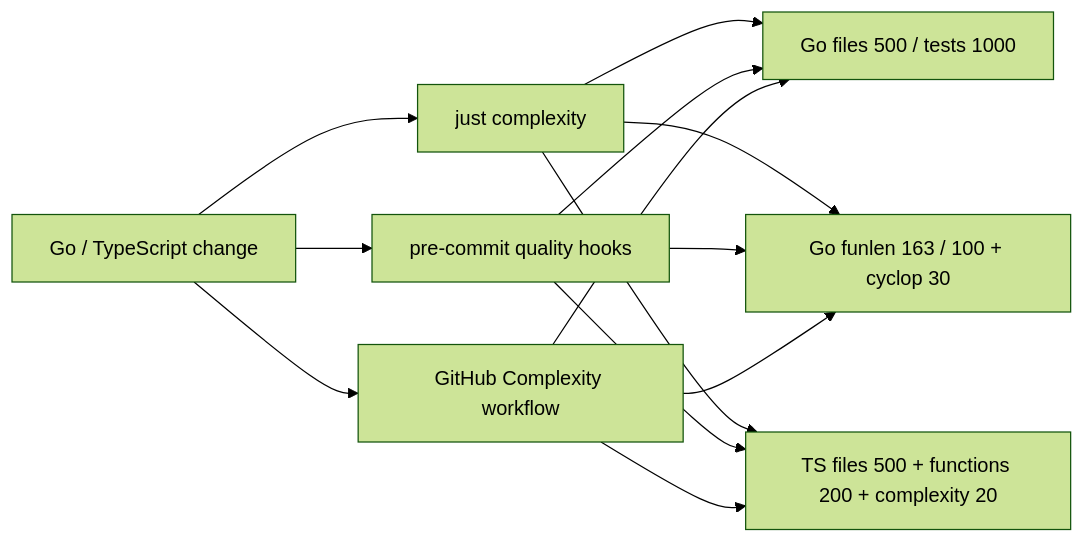
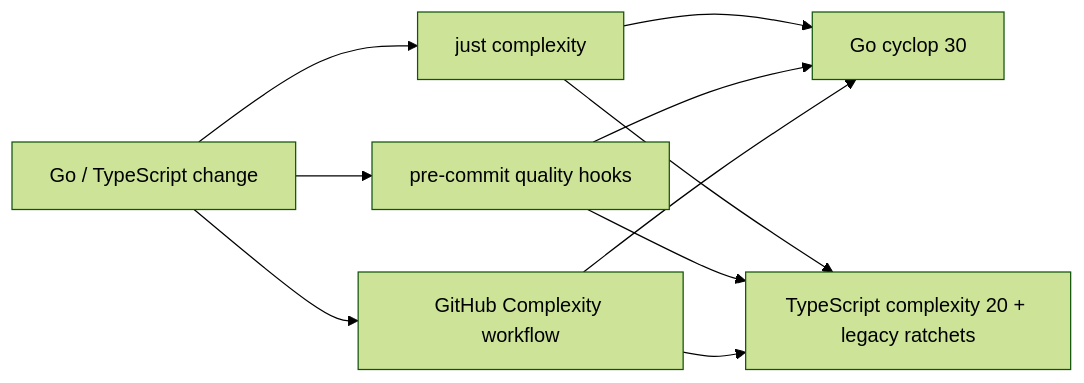
The diagram in docs/design/development-complexity-guardrails.md (superduck-ai/open-managed-agents), drawn with Mermaid (forest theme) before and after one commit. The commit also changed other lines of this file and 59 other files, not shown here.

````diff
--- a/docs/design/development-complexity-guardrails.md
+++ b/docs/design/development-complexity-guardrails.md
@@ -27,15 +22,12 @@
 ```mermaid
 flowchart LR
     Change["Go / TypeScript change"] --> Local["just complexity"]
     Change --> Hook["pre-commit quality hooks"]
     Change --> CI["GitHub Complexity workflow"]
-    Local --> GoFile["Go files 500 / tests 1000"]
-    Hook --> GoFile
-    CI --> GoFile
-    Local --> GoFunction["Go funlen 163 / 100 + cyclop 30"]
-    Hook --> GoFunction
-    CI --> GoFunction
-    Local --> Web["TS files 500 + functions 200 + complexity 20"]
+    Local --> Go["Go cyclop 30"]
+    Hook --> Go
+    CI --> Go
+    Local --> Web["TypeScript complexity 20 + legacy ratchets"]
     Hook --> Web
     CI --> Web
 ```
````
